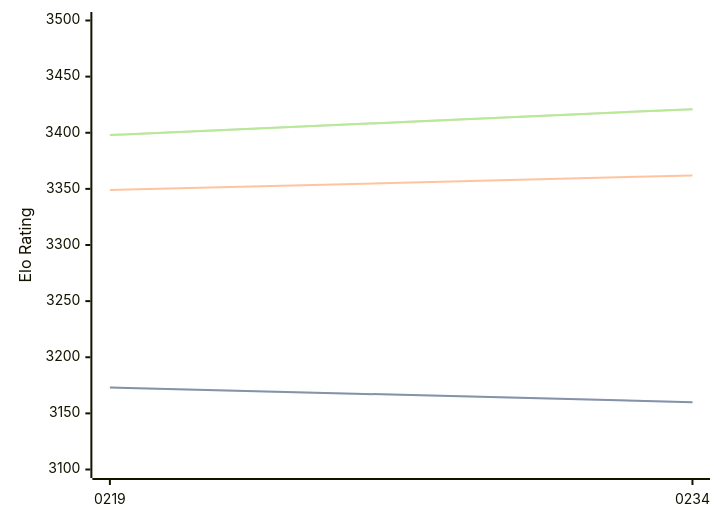
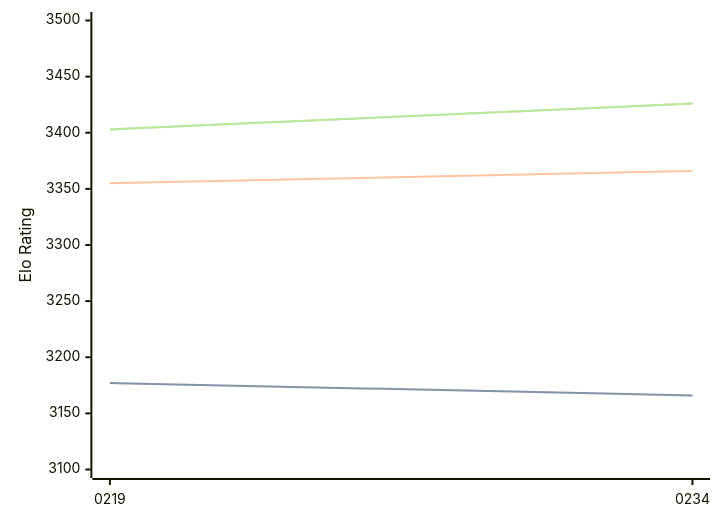
Before and after one commit to computer-chess-index/cci: the diagram in engines/Ynode.md, drawn with Mermaid. The commit also changed other lines of this file, not shown here.

Commit message:
Update CCI Ratings (ELO VLTC) - 2026-04-14

````diff
--- a/engines/Ynode.md
+++ b/engines/Ynode.md
@@ -39,11 +39,11 @@
 ```mermaid
 %%{init: {"theme":"base","themeVariables":{"seriesColors:['#a3a3a3','#222221','#faa371']}}}%%
 xychart-beta
   x-axis ["0219", "0234"]
   y-axis "Elo Rating" 3100 --> 3500
-  line "STC (8.0+0.08s)" [3173, 3160]
-  line "STC (8.0+0.08s)" [3173, 3160]
-  line "LTC (60.0+0.60s)" [3349, 3362]
-  line "VLTC (2m24s+1.12s)" [3398, 3421]
-  line "VLTC (2m24s+1.12s)" [3398, 3421]
+  line "STC (8.0+0.08s)" [3177, 3166]
+  line "STC (8.0+0.08s)" [3177, 3166]
+  line "LTC (60.0+0.60s)" [3355, 3366]
+  line "VLTC (2m24s+1.12s)" [3403, 3426]
+  line "VLTC (2m24s+1.12s)" [3403, 3426]
 ```
````
